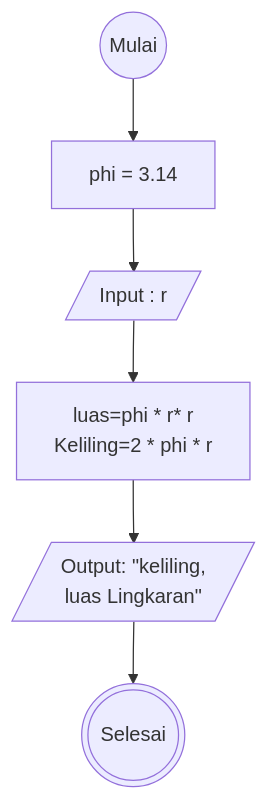
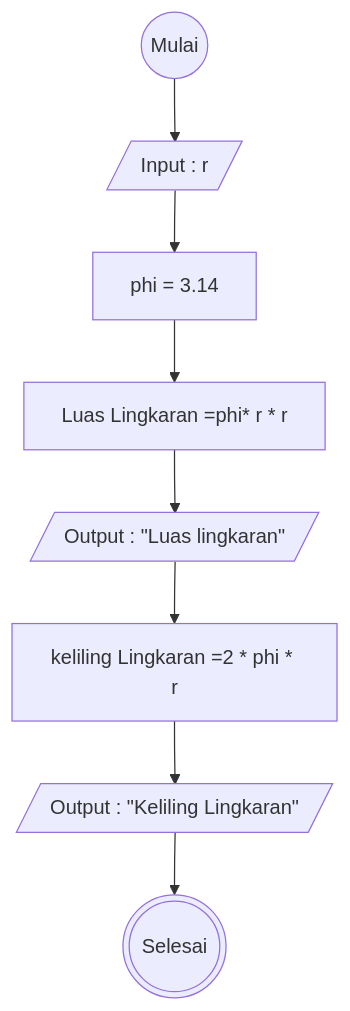
Before and after one commit to askadiliya/koda-b6-javascript1: the diagram in README.md, drawn with Mermaid.

````diff
--- a/README.md
+++ b/README.md
@@ -5,15 +5,15 @@
 ```mermaid
 flowchart TD
 A@{ shape: circle, label: "Mulai" }
-B@{ shape: rect, label: "phi = 3.14" }
-C@{ shape: lean-r, label: "Input : r" }
-D@{ shape: rect, label: "luas=phi * r* r
-Keliling=2 * phi * r" }
-E@{ shape: lean-r, label: 'Output: "keliling,
-luas Lingkaran"' }
-F@{ shape: dbl-circ, label: "Selesai" }
-A-->B-->C-->D-->E-->F
+B@{ shape: lean-r, label: "Input : r" }
+C@{ shape: rect, label: "phi = 3.14" }
+D@{ shape: rect, label: "Luas Lingkaran =phi* r * r" }
+E@{ shape: lean-r, label: 'Output : "Luas lingkaran"' }
+F@{ shape: rect, label: "keliling Lingkaran =2 * phi * r" }
+G@{ shape: lean-r, label: 'Output : "Keliling Lingkaran"' }
+H@{ shape: dbl-circ, label: "Selesai" }
 
+A-->B-->C-->D-->E-->F-->G-->H
 
 
 ```
````
